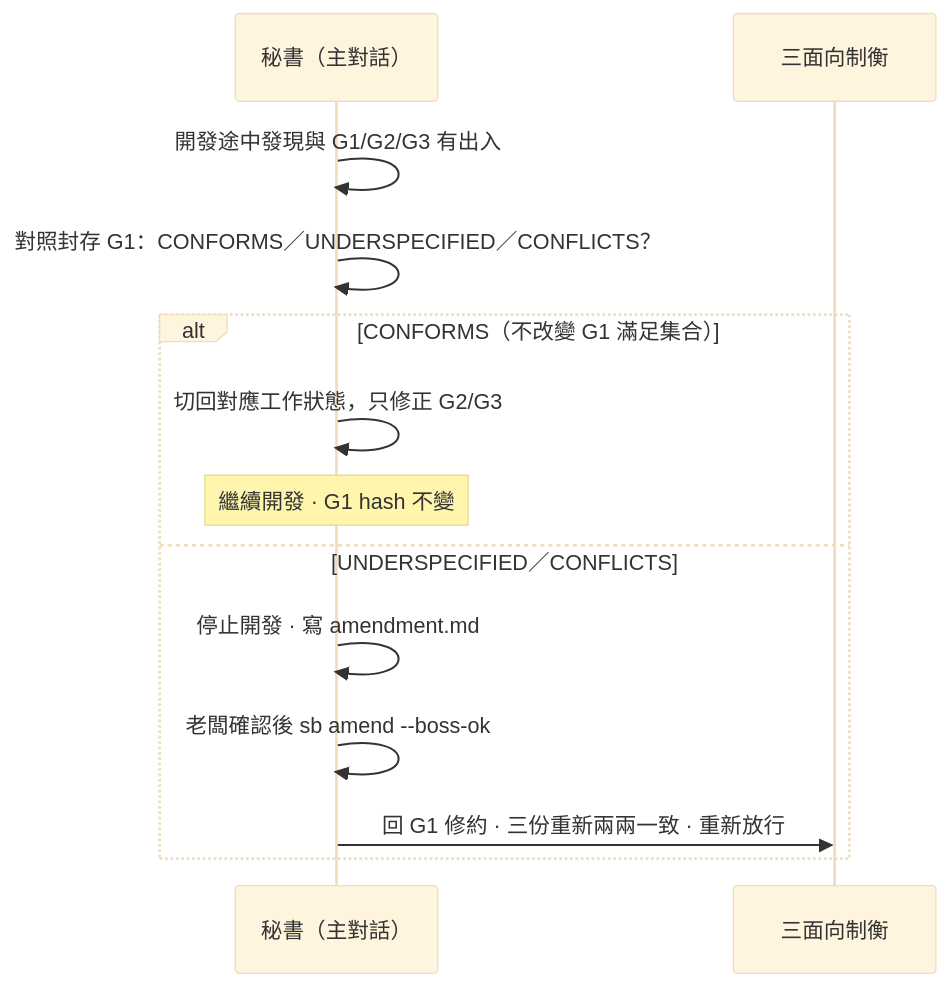
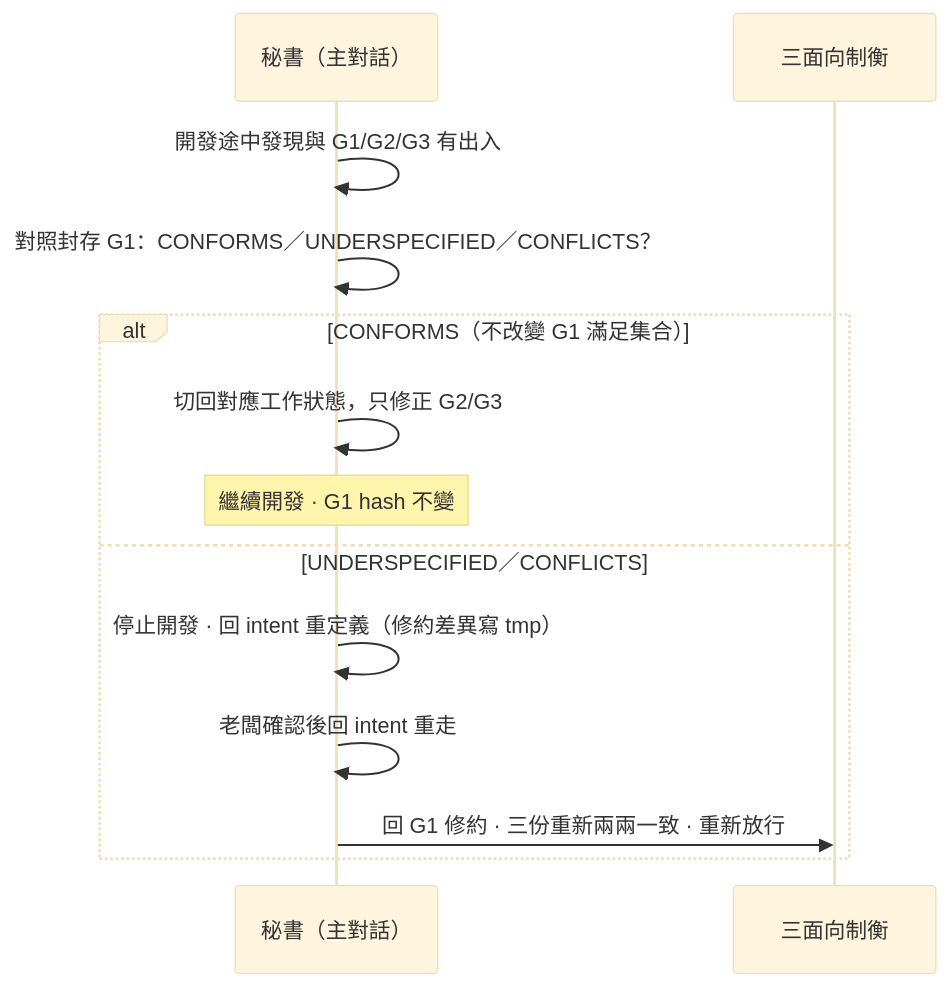
Before and after one commit to teps3105/shiftblame: the second of 8 diagrams in skills/shiftblame/SKILL.md, drawn with Mermaid (base theme). The commit also changed other lines of this file and 26 other files, not shown here.

````diff
--- a/skills/shiftblame/SKILL.md
+++ b/skills/shiftblame/SKILL.md
@@ -89,17 +72,17 @@
    ```mermaid
    sequenceDiagram
         participant SEC as 秘書（主對話）
         participant Consult as 三面向制衡
 
         SEC->>SEC: 開發途中發現與 G1/G2/G3 有出入
         SEC->>SEC: 對照封存 G1：CONFORMS／UNDERSPECIFIED／CONFLICTS？
 
         alt CONFORMS（不改變 G1 滿足集合）
             SEC->>SEC: 切回對應工作狀態，只修正 G2/G3
             Note over SEC: 繼續開發 · G1 hash 不變
         else UNDERSPECIFIED／CONFLICTS
-            SEC->>SEC: 停止開發 · 寫 amendment.md
-            SEC->>SEC: 老闆確認後 sb amend --boss-ok
+            SEC->>SEC: 停止開發 · 回 intent 重定義（修約差異寫 tmp）
+            SEC->>SEC: 老闆確認後回 intent 重走
             SEC->>Consult: 回 G1 修約 · 三份重新兩兩一致 · 重新放行
         end
    ```
````
